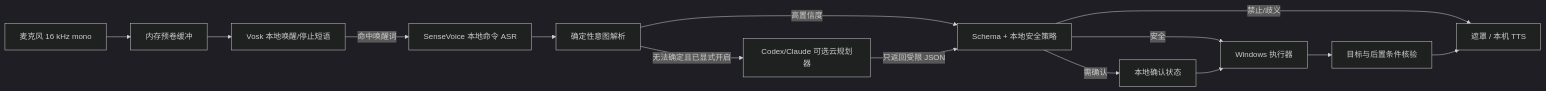
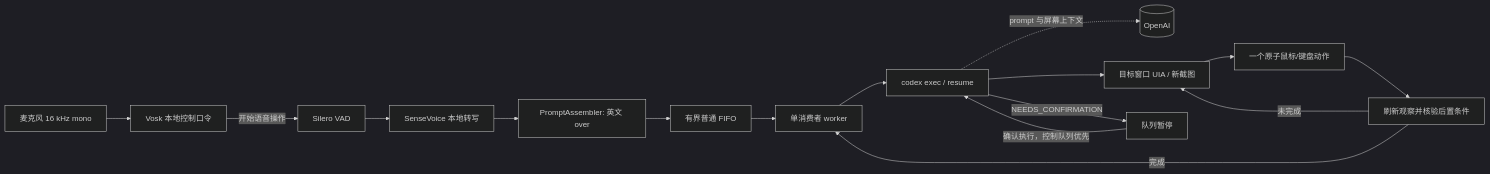
Before and after one commit to chenqin3/HandsFreePC: the first of 2 diagrams in docs/ARCHITECTURE.md, drawn with Mermaid (dark theme). The commit also changed other lines of this file and 24 other files, not shown here.

````diff
--- a/docs/ARCHITECTURE.md
+++ b/docs/ARCHITECTURE.md
@@ -11,16 +11,18 @@
 ```mermaid
 flowchart LR
-    Mic[麦克风 16 kHz mono] --> Ring[内存预卷缓冲]
-    Ring --> Wake[Vosk 本地唤醒/停止短语]
-    Wake -->|命中唤醒词| ASR[SenseVoice 本地命令 ASR]
-    ASR --> Parser[确定性意图解析]
-    Parser -->|高置信度| Policy[Schema + 本地安全策略]
-    Parser -->|无法确定且已显式开启| Planner[Codex/Claude 可选云规划器]
-    Planner -->|只返回受限 JSON| Policy
-    Policy -->|安全| Exec[Windows 执行器]
-    Policy -->|需确认| Confirm[本地确认状态]
-    Policy -->|禁止/歧义| Feedback[遮罩 / 本机 TTS]
-    Confirm --> Exec
-    Exec --> Verify[目标与后置条件核验]
-    Verify --> Feedback
+    Mic[麦克风 16 kHz mono] --> Wake[Vosk 本地控制口令]
+    Wake -->|开始语音操作| VAD[Silero VAD]
+    VAD --> ASR[SenseVoice 本地转写]
+    ASR --> Assemble[PromptAssembler: 英文 over]
+    Assemble --> FIFO[有界普通 FIFO]
+    FIFO --> Worker[单消费者 worker]
+    Worker --> Codex[codex exec / resume]
+    Codex -.prompt 与屏幕上下文.-> Cloud[(OpenAI)]
+    Codex --> Observe[目标窗口 UIA / 新截图]
+    Observe --> Act[一个原子鼠标/键盘动作]
+    Act --> Refresh[刷新观察并核验后置条件]
+    Refresh -->|未完成| Observe
+    Refresh -->|完成| Worker
+    Codex -->|NEEDS_CONFIRMATION| Pause[队列暂停]
+    Pause -->|确认执行，控制队列优先| Codex
 ```
````
